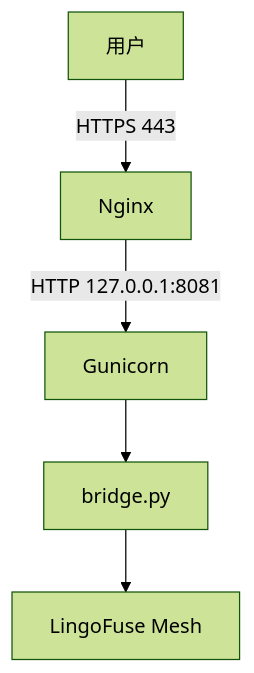
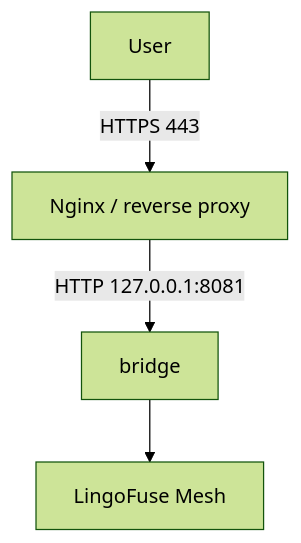
Diagram 18 of 20 in Py/lingofuse/Bridge_User_Guide.md (PassByYou888/LingoFuse), drawn with Mermaid (forest theme) before and after one commit. The commit also changed other lines of this file, not shown here.

````diff
--- a/Py/lingofuse/Bridge_User_Guide.md
+++ b/Py/lingofuse/Bridge_User_Guide.md
@@ -872,7 +1121,6 @@
 ```mermaid
 flowchart TB
-    U["用户"] -->|"HTTPS 443"| NG["Nginx"]
-    NG -->|"HTTP 127.0.0.1:8081"| GU["Gunicorn"]
-    GU --> BR["bridge.py"]
+    U["User"] -->|"HTTPS 443"| NG["Nginx / reverse proxy"]
+    NG -->|"HTTP 127.0.0.1:8081"| BR["bridge"]
     BR --> MESH["LingoFuse Mesh"]
 ```
````
